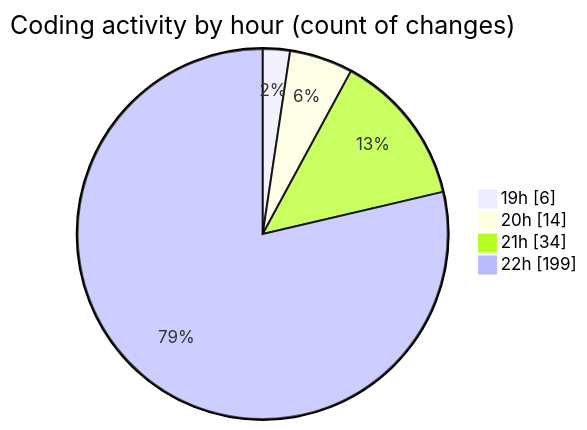
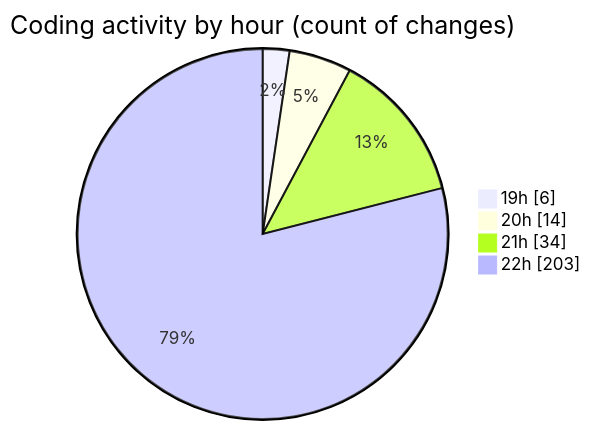
One commit to IJAZ3593/code-tracking changed the second of 2 diagrams in 2025-09-13/new_folder/README.md. Above: the diagram before and after it, drawn with Mermaid. The commit also changed other lines of this file and 1 other file, not shown here.

````diff
--- a/2025-09-13/new_folder/README.md
+++ b/2025-09-13/new_folder/README.md
@@ -35,8 +35,8 @@
 ```mermaid
 pie showData
 title Coding activity by hour (count of changes)
 "19h" : 6
 "20h" : 14
 "21h" : 34
-"22h" : 199
+"22h" : 203
 ```
````
